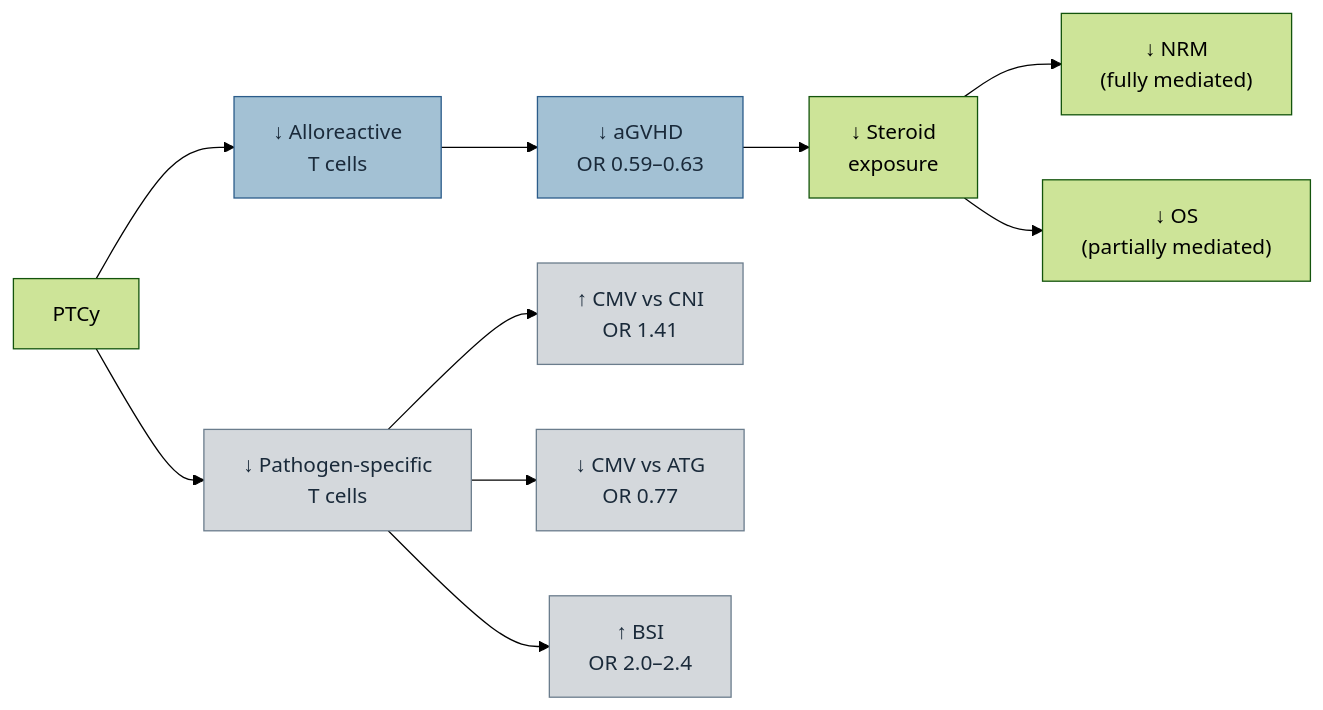
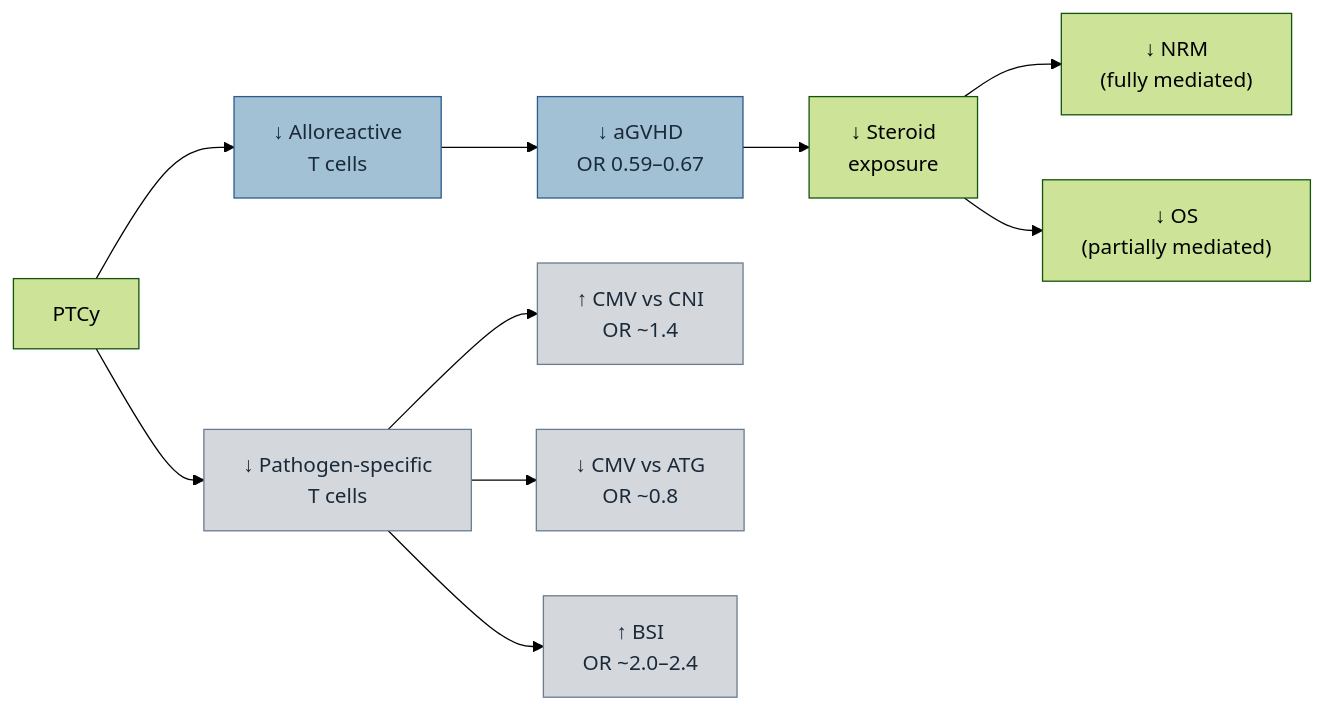
One commit to Russlewisbo/ptcy_metaanalys changed the diagram in 05_website/index.qmd. Above: the diagram before and after it, drawn with Mermaid (forest theme). The commit also changed other lines of this file and 211 other files, not shown here.

````diff
--- a/05_website/index.qmd
+++ b/05_website/index.qmd
@@ -163,25 +207,25 @@
 ```{mermaid}
 %%| fig-width: 8
 %%| label: fig-mechanism
 %%| fig-cap: "Dual-pathway mechanistic framework for PTCy effects."
 
 flowchart LR
     PTCy --> A["↓ Alloreactive\nT cells"]
     PTCy --> B["↓ Pathogen-specific\nT cells"]
 
-    A --> C["↓ aGVHD\nOR 0.59–0.63"]
+    A --> C["↓ aGVHD\nOR 0.59–0.67"]
     C --> D["↓ Steroid\nexposure"]
     D --> E["↓ NRM\n(fully mediated)"]
     D --> F["↓ OS\n(partially mediated)"]
 
-    B --> G["↑ CMV vs CNI\nOR 1.41"]
-    B --> H["↓ CMV vs ATG\nOR 0.77"]
-    B --> I["↑ BSI\nOR 2.0–2.4"]
+    B --> G["↑ CMV vs CNI\nOR ~1.4"]
+    B --> H["↓ CMV vs ATG\nOR ~0.8"]
+    B --> I["↑ BSI\nOR ~2.0–2.4"]
 
     style A fill:#a3c1d4,stroke:#2b5c8a,color:#1a2a3a
     style B fill:#d4d8dc,stroke:#6b7d8d,color:#1a2a3a
     style C fill:#a3c1d4,stroke:#2b5c8a,color:#1a2a3a
     style G fill:#d4d8dc,stroke:#6b7d8d,color:#1a2a3a
     style H fill:#d4d8dc,stroke:#6b7d8d,color:#1a2a3a
     style I fill:#d4d8dc,stroke:#6b7d8d,color:#1a2a3a
 ```
````
